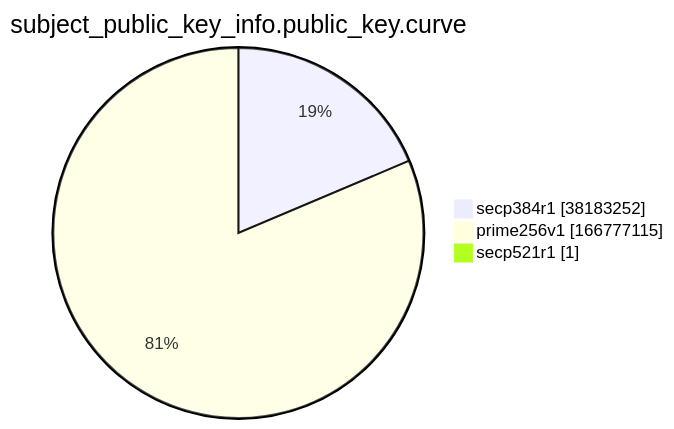
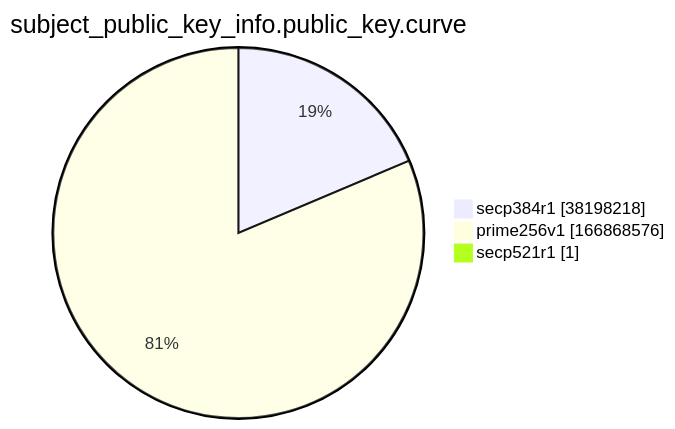
Before and after one commit to christiankrug/ctmonitor_visualization: the ninth of 15 diagrams in argon2022/README.md, drawn with Mermaid. The commit also changed other lines of this file, not shown here.

````diff
--- a/argon2022/README.md
+++ b/argon2022/README.md
@@ -2766,7 +2766,7 @@
 ```mermaid
 pie showData
 title subject_public_key_info.public_key.curve
-"secp384r1" :38183252
-"prime256v1" :166777115
+"secp384r1" :38198218
+"prime256v1" :166868576
 "secp521r1" :1
 ```
````
